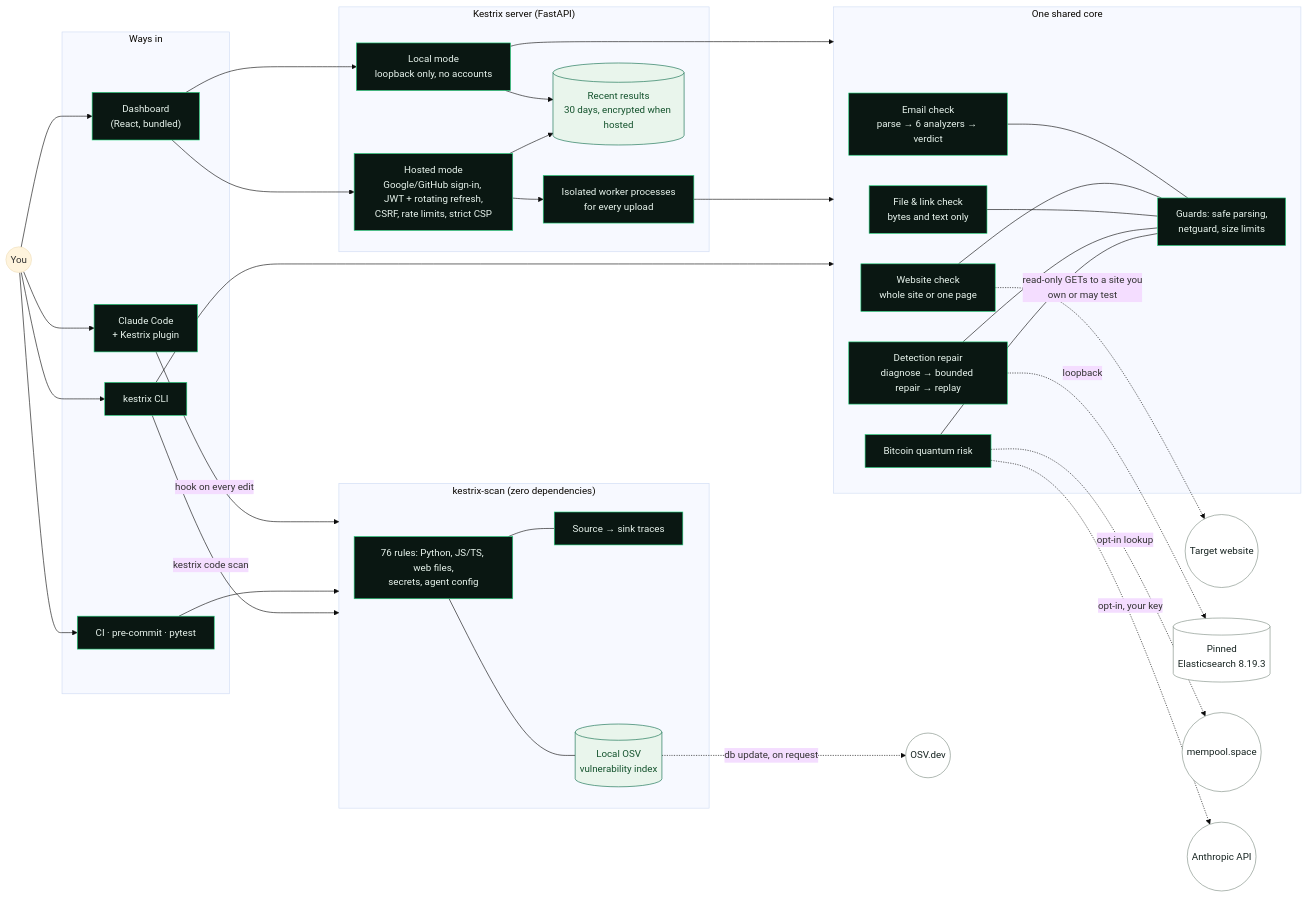
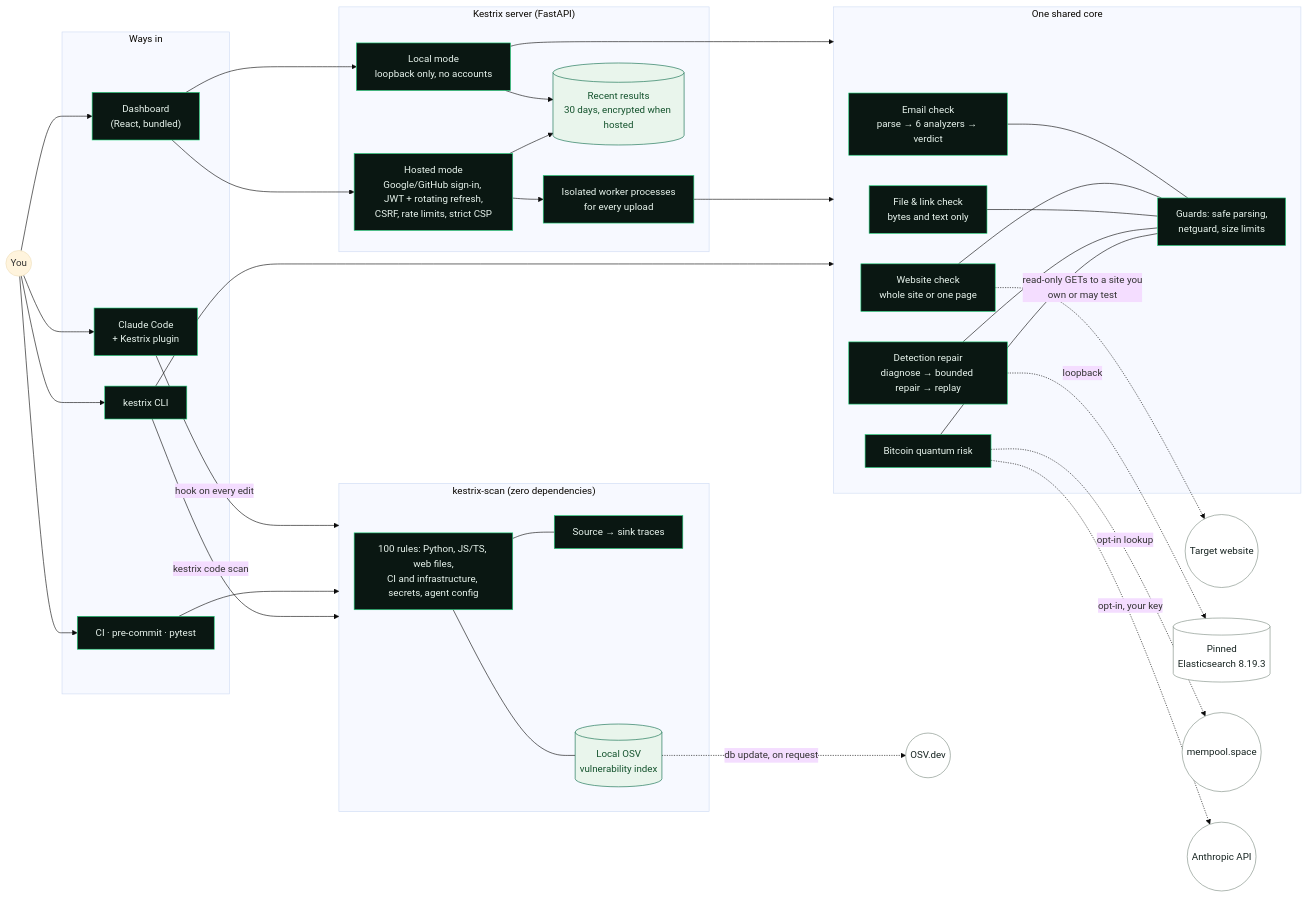
The diagram in README.md (Ruthvik-Bandari/kestrix), drawn with Mermaid (base theme) before and after one commit. The commit also changed 45 other files, not shown here.

````diff
--- a/README.md
+++ b/README.md
@@ -379,59 +379,59 @@
 ```mermaid
 flowchart LR
   you(("You"))
 
   subgraph entry["Ways in"]
     cli["kestrix CLI"]
     ui["Dashboard<br/>(React, bundled)"]
     cc["Claude Code<br/>+ Kestrix plugin"]
     ci["CI · pre-commit · pytest"]
   end
 
   subgraph server["Kestrix server (FastAPI)"]
     local["Local mode<br/>loopback only, no accounts"]
     hosted["Hosted mode<br/>Google/GitHub sign-in, JWT + rotating refresh,<br/>CSRF, rate limits, strict CSP"]
     iso["Isolated worker processes<br/>for every upload"]
     hist[("Recent results<br/>30 days, encrypted when hosted")]
   end
 
   subgraph core["One shared core"]
     mail["Email check<br/>parse → 6 analyzers → verdict"]
     web["Website check<br/>whole site or one page"]
     foren["File & link check<br/>bytes and text only"]
     det["Detection repair<br/>diagnose → bounded repair → replay"]
     btc["Bitcoin quantum risk"]
     guard["Guards: safe parsing,<br/>netguard, size limits"]
   end
 
   subgraph scanner["kestrix-scan (zero dependencies)"]
-    rules["76 rules: Python, JS/TS, web files,<br/>secrets, agent config"]
+    rules["100 rules: Python, JS/TS, web files,<br/>CI and infrastructure, secrets, agent config"]
     taint["Source → sink traces"]
     osv[("Local OSV<br/>vulnerability index")]
   end
 
   you --> cli & ui & cc & ci
   ui --> local & hosted
   hosted --> iso
   local & iso --> core
   cli --> core
   local & hosted --> hist
   cc -->|"hook on every edit"| scanner
   ci --> scanner
   cli -->|"kestrix code scan"| scanner
   rules --- taint
   rules --- osv
   mail & web & foren & det & btc --- guard
 
   web -.->|"read-only GETs to a site you<br/>own or may test"| site((Target website))
   det -.->|"loopback"| es[("Pinned<br/>Elasticsearch 8.19.3")]
   btc -.->|"opt-in lookup"| mempool((mempool.space))
   btc -.->|"opt-in, your key"| anthropic((Anthropic API))
   osv -.->|"db update, on request"| osvnet((OSV.dev))
 
   classDef zone fill:#0a1712,stroke:#1fd17a,color:#e9f5ee
   classDef ext fill:#ffffff,stroke:#7d8d82,color:#162320
   classDef store fill:#e9f5ec,stroke:#0c6b4b,color:#14532d
   class cli,ui,cc,ci,local,hosted,iso,mail,web,foren,det,btc,guard,rules,taint zone
   class site,es,mempool,anthropic,osvnet ext
   class hist,osv store
 ```
````
